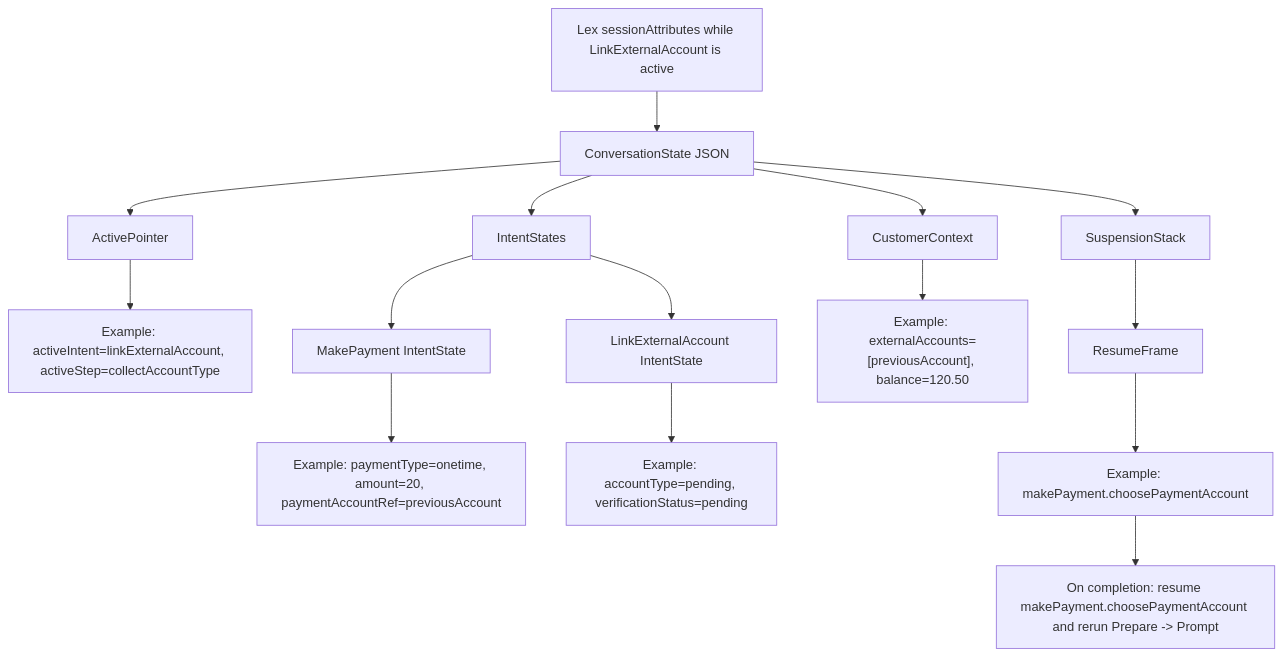
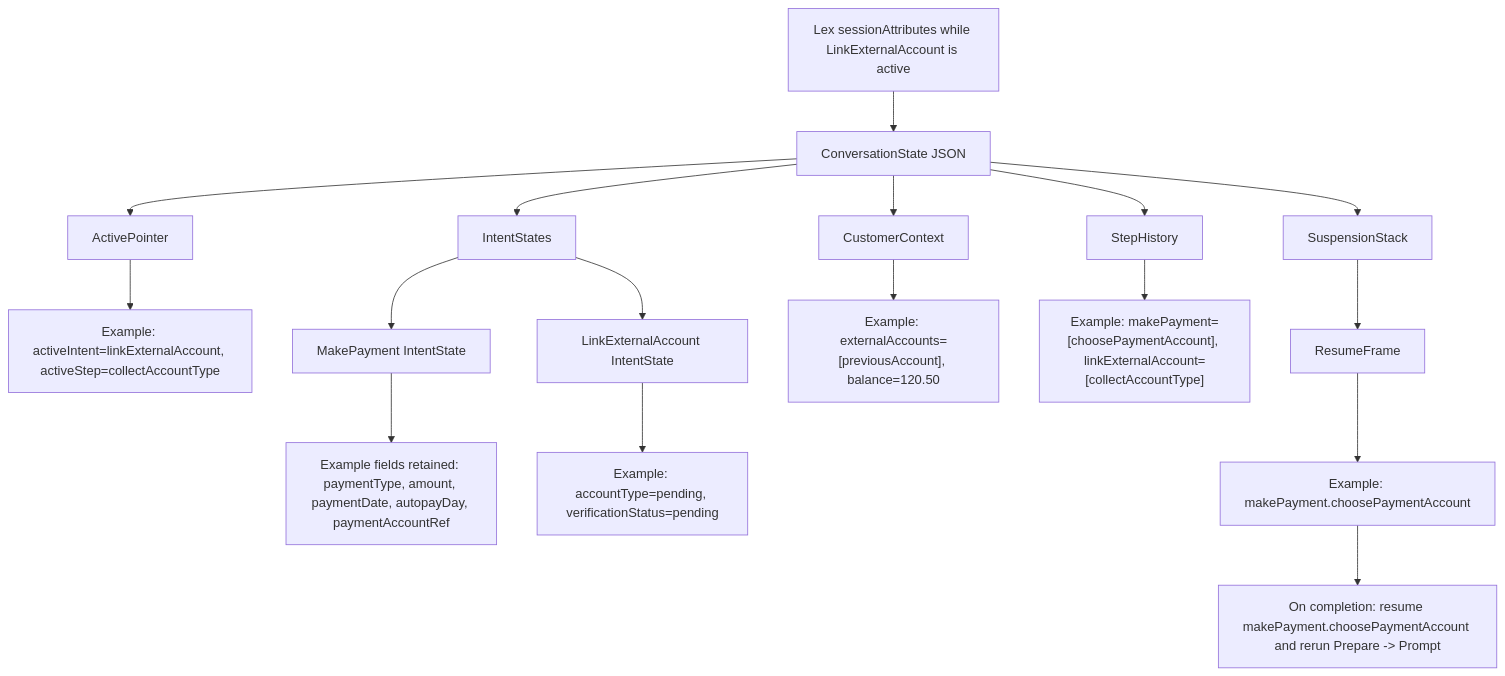
One commit to fghjkl007/adk-go-company-model-integration changed the seventh of 9 diagrams in docs/superpowers/specs/2026-06-07-intent-step-orchestration-confluence.md. Above: the diagram before and after it, drawn with Mermaid. The commit also changed other lines of this file and 2 other files, not shown here.

Commit message:
docs: update intent step orchestration design

````diff
--- a/docs/superpowers/specs/2026-06-07-intent-step-orchestration-confluence.md
+++ b/docs/superpowers/specs/2026-06-07-intent-step-orchestration-confluence.md
@@ -258,22 +296,25 @@
 ```mermaid
 flowchart TD
   SessionAttrs["Lex sessionAttributes while LinkExternalAccount is active"] --> Conv["ConversationState JSON"]
   Conv --> Active["ActivePointer"]
   Conv --> Intents["IntentStates"]
   Conv --> Customer["CustomerContext"]
+  Conv --> History["StepHistory"]
   Conv --> Stack["SuspensionStack"]
 
   Active --> ActiveValue["Example: activeIntent=linkExternalAccount, activeStep=collectAccountType"]
 
   Intents --> MP["MakePayment IntentState"]
-  MP --> MPEx["Example: paymentType=onetime, amount=20, paymentAccountRef=previousAccount"]
+  MP --> MPEx["Example fields retained: paymentType, amount, paymentDate, autopayDay, paymentAccountRef"]
 
   Intents --> LEA["LinkExternalAccount IntentState"]
   LEA --> LEAEx["Example: accountType=pending, verificationStatus=pending"]
 
   Customer --> Ctx["Example: externalAccounts=[previousAccount], balance=120.50"]
 
+  History --> HistEx["Example: makePayment=[choosePaymentAccount], linkExternalAccount=[collectAccountType]"]
+
   Stack --> Frame["ResumeFrame"]
   Frame --> FrameEx["Example: makePayment.choosePaymentAccount"]
   FrameEx --> Resume["On completion: resume makePayment.choosePaymentAccount and rerun Prepare -> Prompt"]
 ```
````
